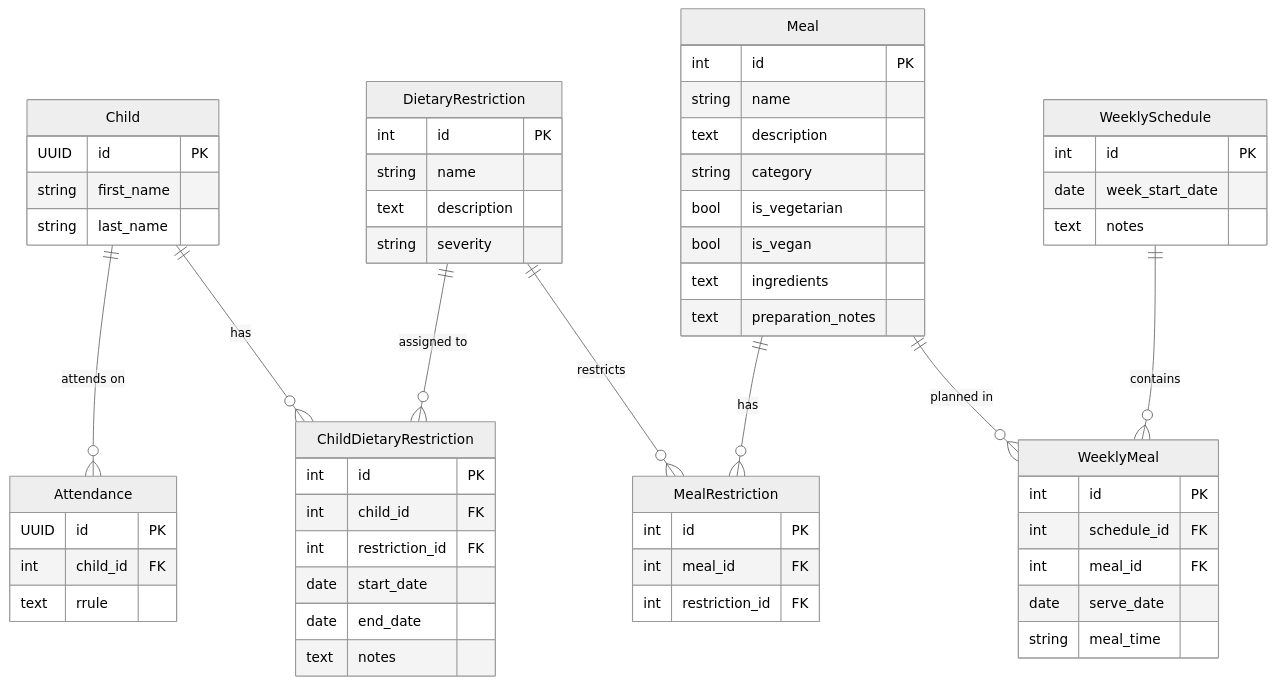
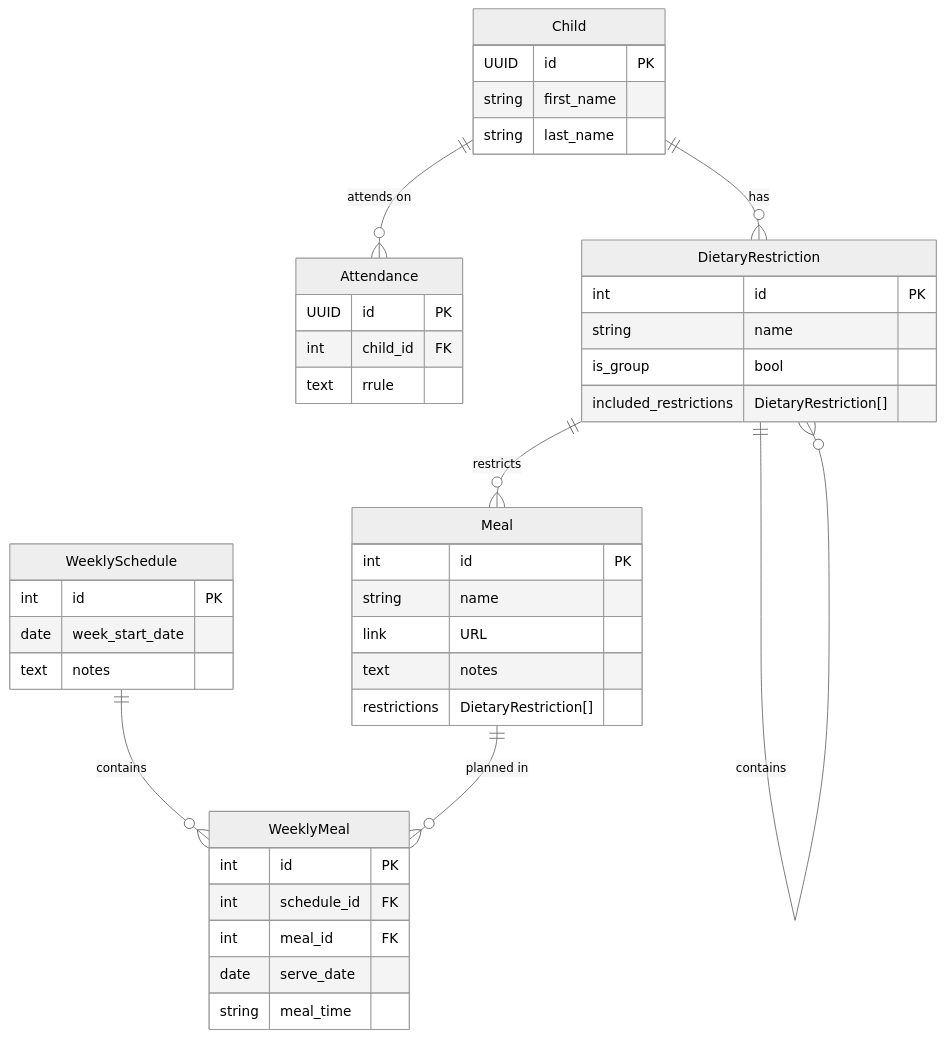
Before and after one commit to seguri/kinderchef: the diagram in README.md, drawn with Mermaid (neutral theme). The commit also changed 5 other files, not shown here.

Commit message:
Add `DietaryRestriction` model

````diff
--- a/README.md
+++ b/README.md
@@ -5,69 +5,51 @@
 ```mermaid
 erDiagram
 Child ||--o{ Attendance : "attends on"
-Child ||--o{ ChildDietaryRestriction : "has"
-DietaryRestriction ||--o{ ChildDietaryRestriction : "assigned to"
-DietaryRestriction ||--o{ MealRestriction : "restricts"
-Meal ||--o{ MealRestriction : "has"
-WeeklySchedule ||--o{ WeeklyMeal : "contains"
-Meal ||--o{ WeeklyMeal : "planned in"
-
+Child ||--o{ DietaryRestriction : "has"
+DietaryRestriction ||--o{ Meal : "restricts"
+DietaryRestriction ||--o{ DietaryRestriction : "contains"
 Child {
     UUID id PK
     string first_name
     string last_name
 }
 
 Attendance {
     UUID id PK
     int child_id FK
     text rrule
 }
 
 DietaryRestriction {
     int id PK
     string name
-    text description
-    string severity
-}
-
-ChildDietaryRestriction {
-    int id PK
-    int child_id FK
-    int restriction_id FK
-    date start_date
-    date end_date
-    text notes
+    is_group bool
+    included_restrictions DietaryRestriction[]
 }
 
 Meal {
     int id PK
     string name
-    text description
-    string category
-    bool is_vegetarian
-    bool is_vegan
-    text ingredients
-    text preparation_notes
+    link URL
+    text notes
+    restrictions DietaryRestriction[]
 }
 
-MealRestriction {
-    int id PK
-    int meal_id FK
-    int restriction_id FK
-}
+WeeklySchedule ||--o{ WeeklyMeal : "contains"
+Meal ||--o{ WeeklyMeal : "planned in"
+
 
 WeeklySchedule {
     int id PK
     date week_start_date
     text notes
 }
 
 WeeklyMeal {
     int id PK
     int schedule_id FK
     int meal_id FK
     date serve_date
     string meal_time
 }
 ```
````
